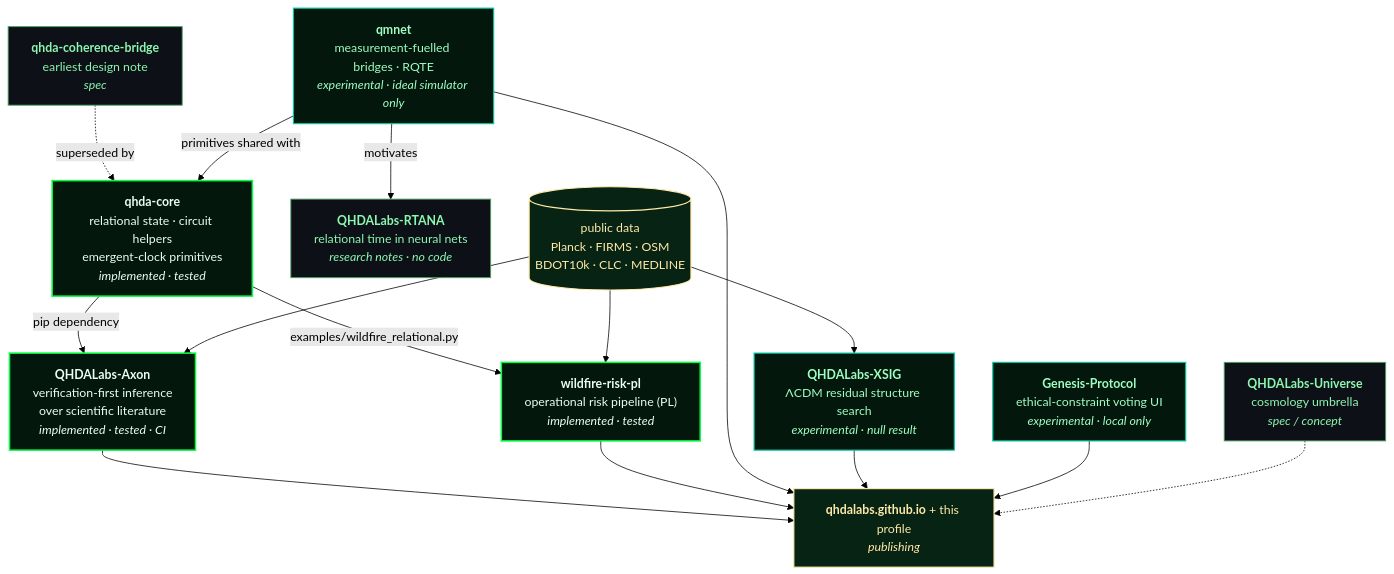
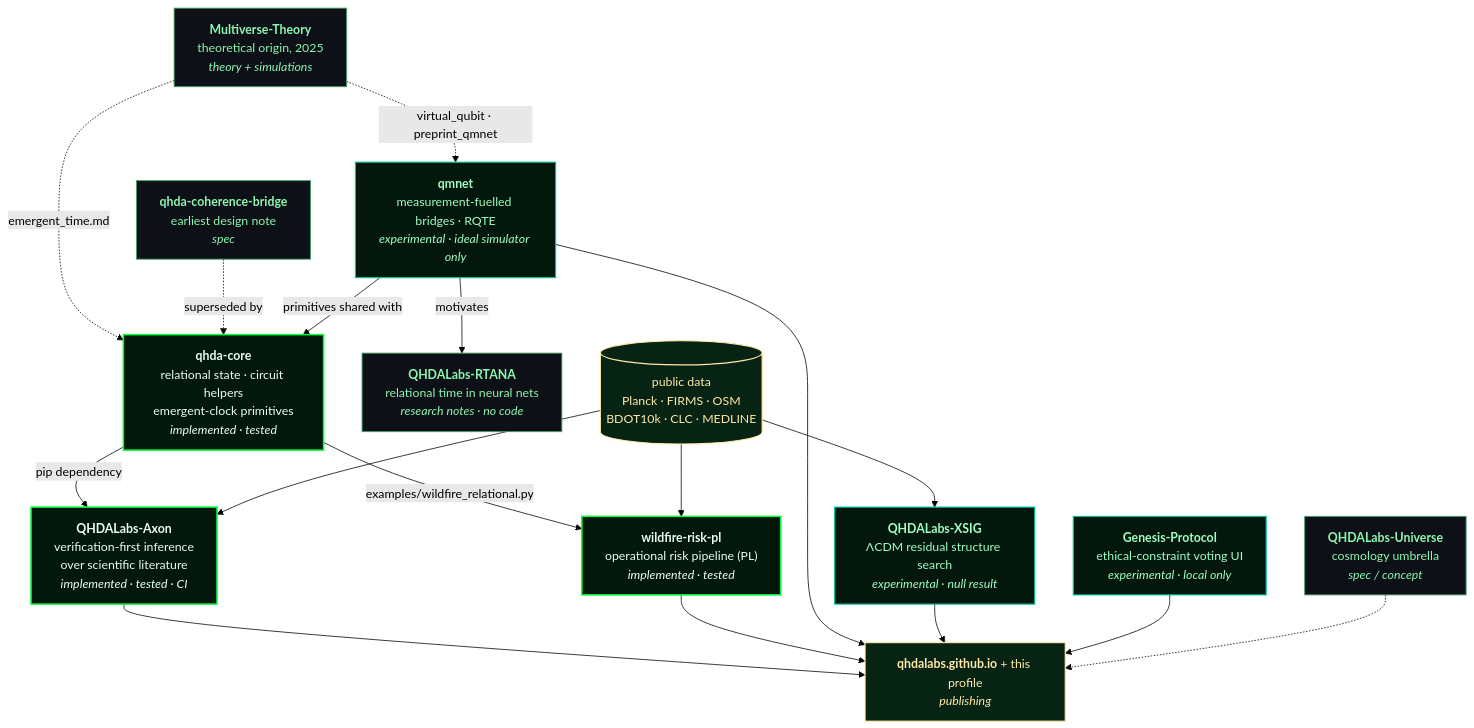
One commit to QHDALabs/QHDALabs changed the second of 2 diagrams in README.md. Above: the diagram before and after it, drawn with Mermaid (forest theme). The commit also changed other lines of this file and 6 other files, not shown here.

First line of the commit message:
Correct Multiverse-Theory: research origin, not third-party fork

````diff
--- a/README.md
+++ b/README.md
@@ -106,43 +172,46 @@
 ```mermaid
 flowchart TD
     CORE["<b>qhda-core</b><br/>relational state · circuit helpers<br/>emergent-clock primitives<br/><i>implemented · tested</i>"]
 
     AXON["<b>QHDALabs-Axon</b><br/>verification-first inference<br/>over scientific literature<br/><i>implemented · tested · CI</i>"]
     FIRE["<b>wildfire-risk-pl</b><br/>operational risk pipeline (PL)<br/><i>implemented · tested</i>"]
     QMNET["<b>qmnet</b><br/>measurement-fuelled bridges · RQTE<br/><i>experimental · ideal simulator only</i>"]
     XSIG["<b>QHDALabs-XSIG</b><br/>ΛCDM residual structure search<br/><i>experimental · null result</i>"]
     GEN["<b>Genesis-Protocol</b><br/>ethical-constraint voting UI<br/><i>experimental · local only</i>"]
 
+    MT["<b>Multiverse-Theory</b><br/>theoretical origin, 2025<br/><i>theory + simulations</i>"]
     RTANA["<b>QHDALabs-RTANA</b><br/>relational time in neural nets<br/><i>research notes · no code</i>"]
     UNI["<b>QHDALabs-Universe</b><br/>cosmology umbrella<br/><i>spec / concept</i>"]
     BRIDGE["<b>qhda-coherence-bridge</b><br/>earliest design note<br/><i>spec</i>"]
 
     DATA[("public data<br/>Planck · FIRMS · OSM<br/>BDOT10k · CLC · MEDLINE")]
     PORTAL["<b>qhdalabs.github.io</b> + this profile<br/><i>publishing</i>"]
 
+    MT -.->|emergent_time.md| CORE
+    MT -.->|virtual_qubit · preprint_qmnet| QMNET
     CORE -->|pip dependency| AXON
     CORE -->|examples/wildfire_relational.py| FIRE
     BRIDGE -.->|superseded by| CORE
     QMNET -->|motivates| RTANA
     QMNET -->|primitives shared with| CORE
 
     DATA --> AXON
     DATA --> FIRE
     DATA --> XSIG
 
     AXON --> PORTAL
     FIRE --> PORTAL
     QMNET --> PORTAL
     XSIG --> PORTAL
     GEN --> PORTAL
     UNI -.-> PORTAL
 
     classDef impl  fill:#04170d,stroke:#00FF41,stroke-width:2px,color:#EAFFF1
     classDef exp   fill:#04170d,stroke:#00C8A0,stroke-width:1.5px,color:#9DFFC2
     classDef notes fill:#0d1117,stroke:#4C9E63,stroke-width:1.2px,color:#8CF7B0
     classDef data  fill:#062313,stroke:#FFE9A8,stroke-width:1.5px,color:#FFE9A8
     class CORE,AXON,FIRE impl
     class QMNET,XSIG,GEN exp
-    class RTANA,UNI,BRIDGE notes
+    class RTANA,UNI,BRIDGE,MT notes
     class DATA,PORTAL data
 ```
````
